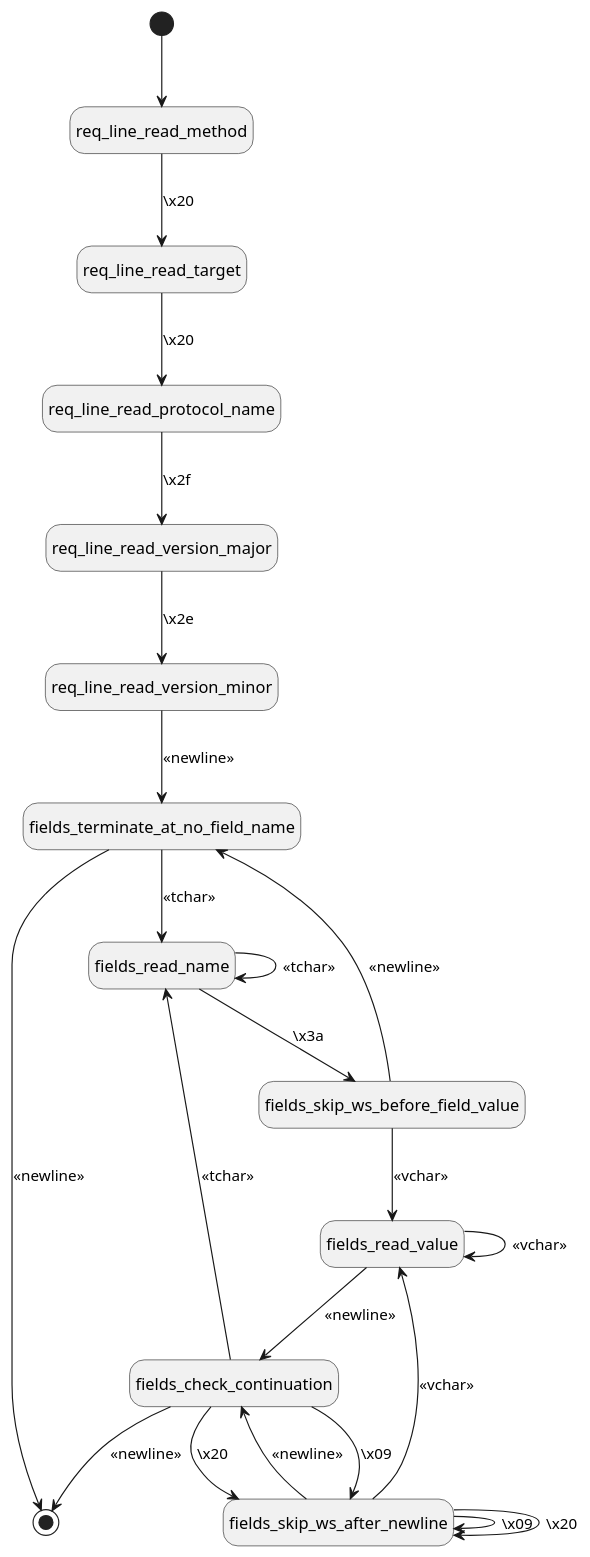
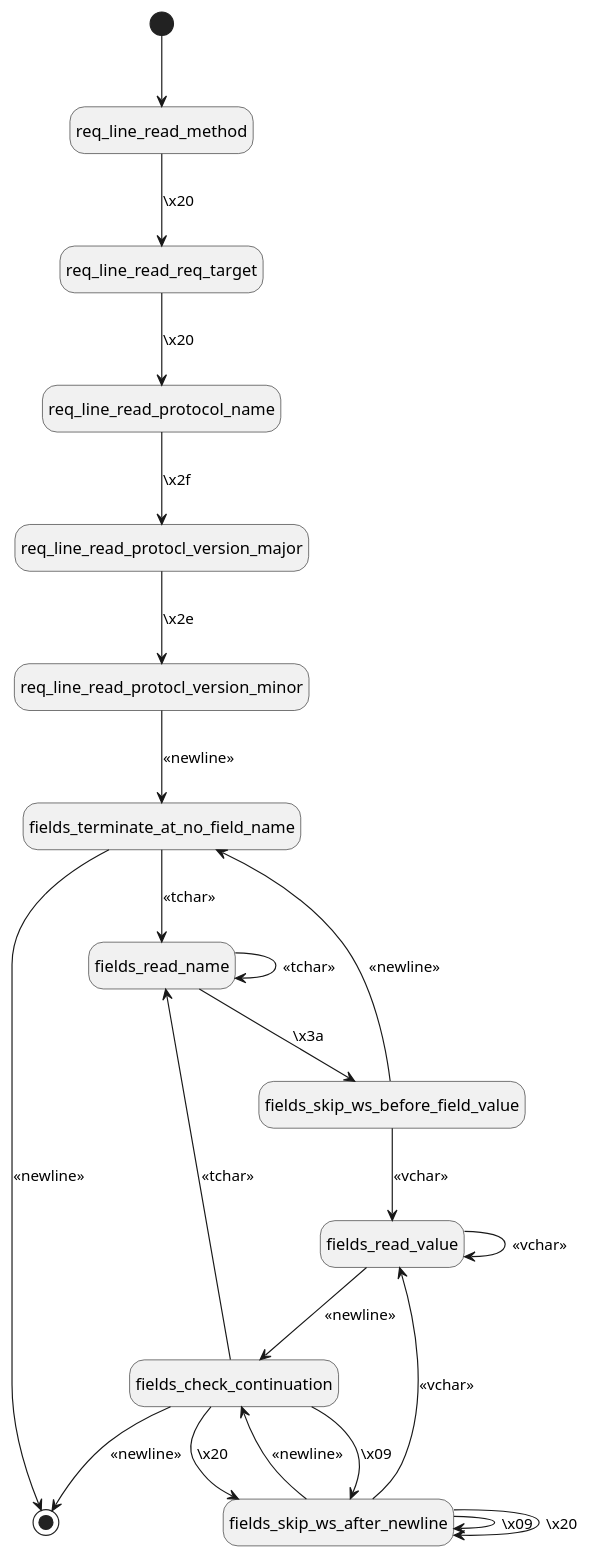
One commit to milasudril/west changed the diagram in doc/request_header_parser_states.puml. Above: the diagram before and after it, drawn with PlantUML. The commit also changed 2 other files, not shown here.

Commit message:
Read all of request line

```diff
--- a/doc/request_header_parser_states.puml
+++ b/doc/request_header_parser_states.puml
@@ -1,37 +1,37 @@
 @startuml
 hide empty description
 [*] --> req_line_read_method
 
-req_line_read_method --> req_line_read_target : \x20
+req_line_read_method --> req_line_read_req_target : \x20
 
-req_line_read_target --> req_line_read_protocol_name : \x20
+req_line_read_req_target --> req_line_read_protocol_name : \x20
 
-req_line_read_protocol_name --> req_line_read_version_major : \x2f
+req_line_read_protocol_name --> req_line_read_protocl_version_major : \x2f
 
-req_line_read_version_major --> req_line_read_version_minor : \x2e
+req_line_read_protocl_version_major --> req_line_read_protocl_version_minor : \x2e
 
-req_line_read_version_minor --> fields_terminate_at_no_field_name : «newline»
+req_line_read_protocl_version_minor --> fields_terminate_at_no_field_name : «newline»
 
 fields_terminate_at_no_field_name --> fields_read_name : «tchar»
 fields_terminate_at_no_field_name --> [*] : «newline»
 
 fields_read_name --> fields_skip_ws_before_field_value : \x3a
 fields_read_name --> fields_read_name : «tchar»
 
 fields_skip_ws_before_field_value --> fields_read_value : «vchar»
 fields_skip_ws_before_field_value --> fields_terminate_at_no_field_name : «newline»
 
 fields_read_value --> fields_check_continuation : «newline»
 fields_read_value --> fields_read_value : «vchar»
 
 fields_check_continuation --> fields_read_name : «tchar»
 fields_check_continuation --> fields_skip_ws_after_newline : \x09
 fields_check_continuation --> fields_skip_ws_after_newline : \x20
 fields_check_continuation --> [*] : «newline»
 
 fields_skip_ws_after_newline --> fields_skip_ws_after_newline : \x09
 fields_skip_ws_after_newline --> fields_skip_ws_after_newline : \x20
 fields_skip_ws_after_newline --> fields_check_continuation : «newline»
 fields_skip_ws_after_newline --> fields_read_value : «vchar»
 
 @enduml
```
